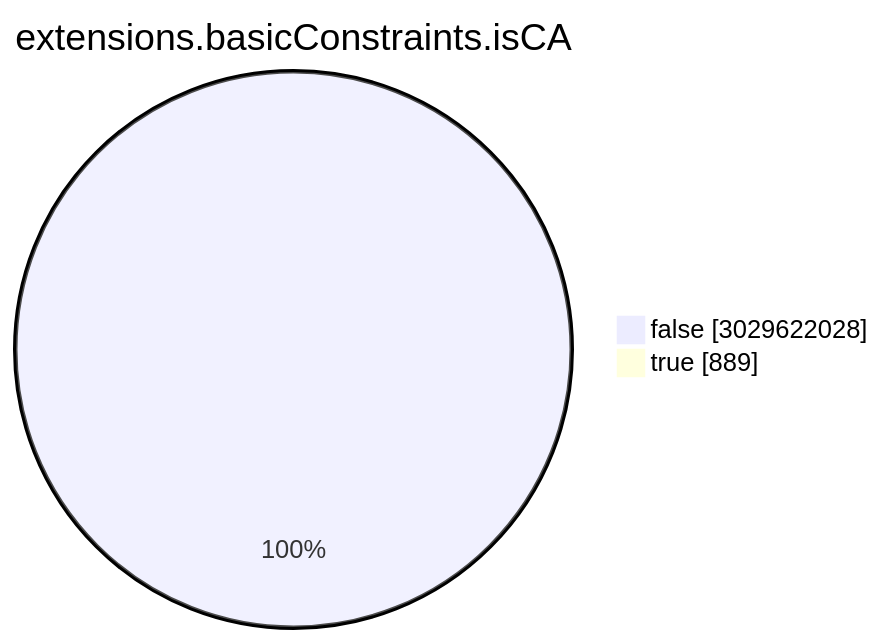
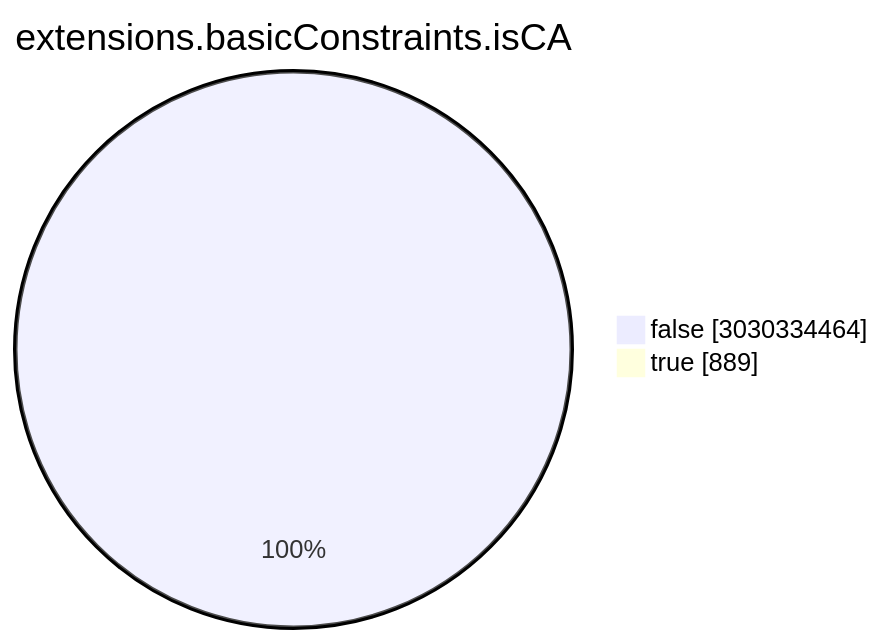
The seventh of 15 diagrams in TOTAL/README.md (christiankrug/ctmonitor_visualization), drawn with Mermaid before and after one commit. The commit also changed other lines of this file, not shown here.

````diff
--- a/TOTAL/README.md
+++ b/TOTAL/README.md
@@ -3087,6 +3088,6 @@
 ```mermaid
 pie showData
 title extensions.basicConstraints.isCA
-"false" :3029622028
+"false" :3030334464
 "true" :889
 ```
````
